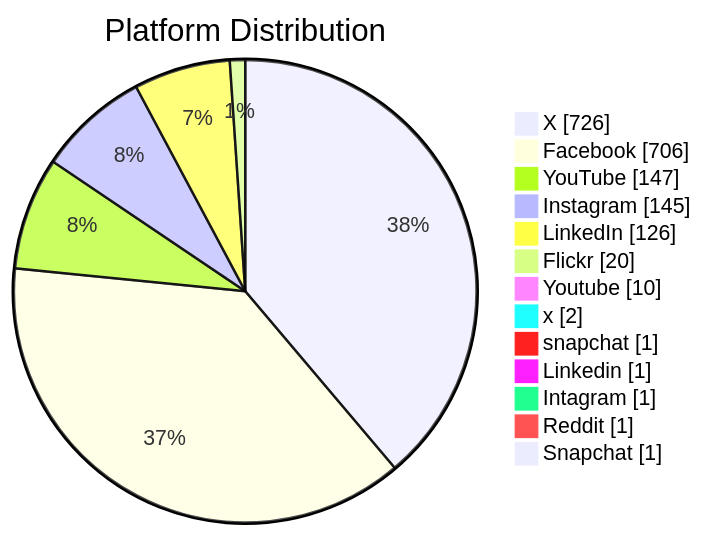
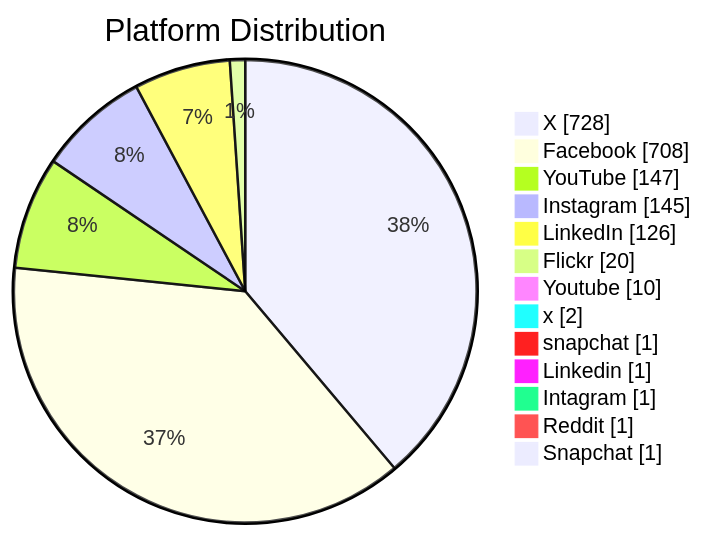
Before and after one commit to PatLittle/GC-Socials: the second of 6 diagrams in README.md, drawn with Mermaid. The commit also changed other lines of this file, not shown here.

Commit message:
Update README with Platform Distribution pie chart

````diff
--- a/README.md
+++ b/README.md
@@ -47,16 +47,16 @@
 ```mermaid
 pie showData title Platform Distribution
-    "X": 726
-    "Facebook": 706
+    "X": 728
+    "Facebook": 708
     "YouTube": 147
     "Instagram": 145
     "LinkedIn": 126
     "Flickr": 20
     "Youtube": 10
     "x": 2
     "snapchat": 1
     "Linkedin": 1
     "Intagram": 1
     "Reddit": 1
     "Snapchat": 1
 ```
````
